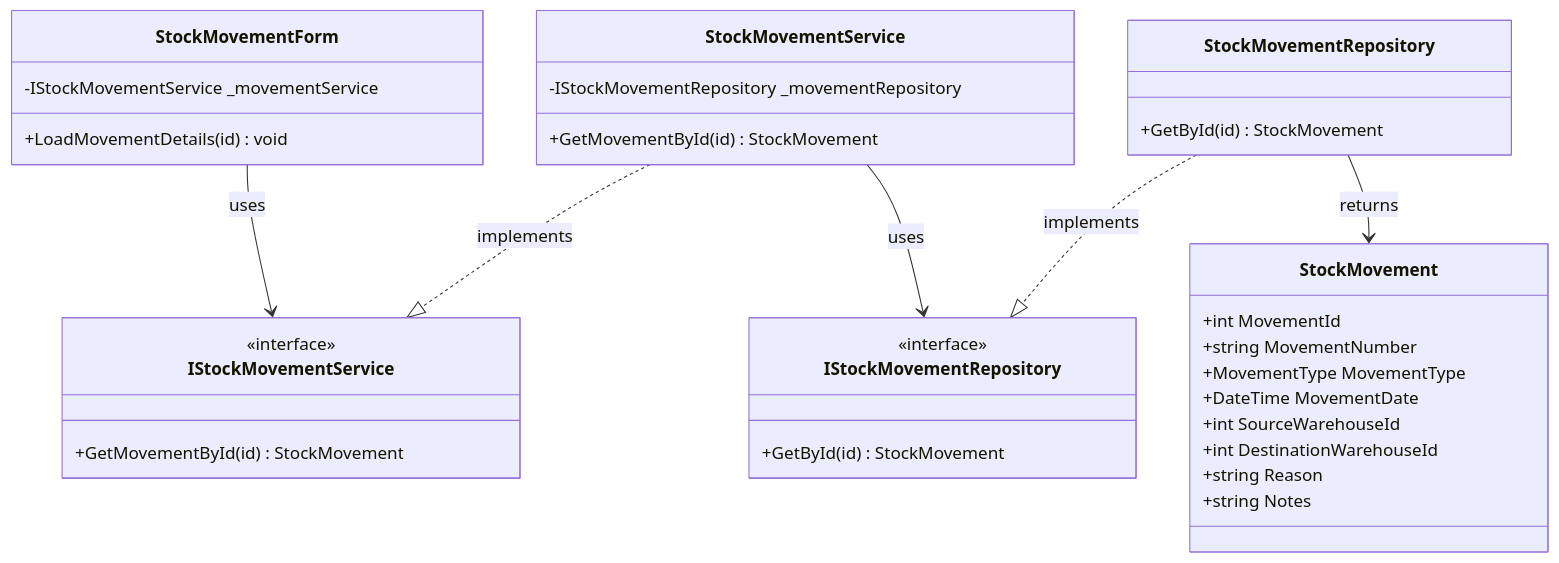
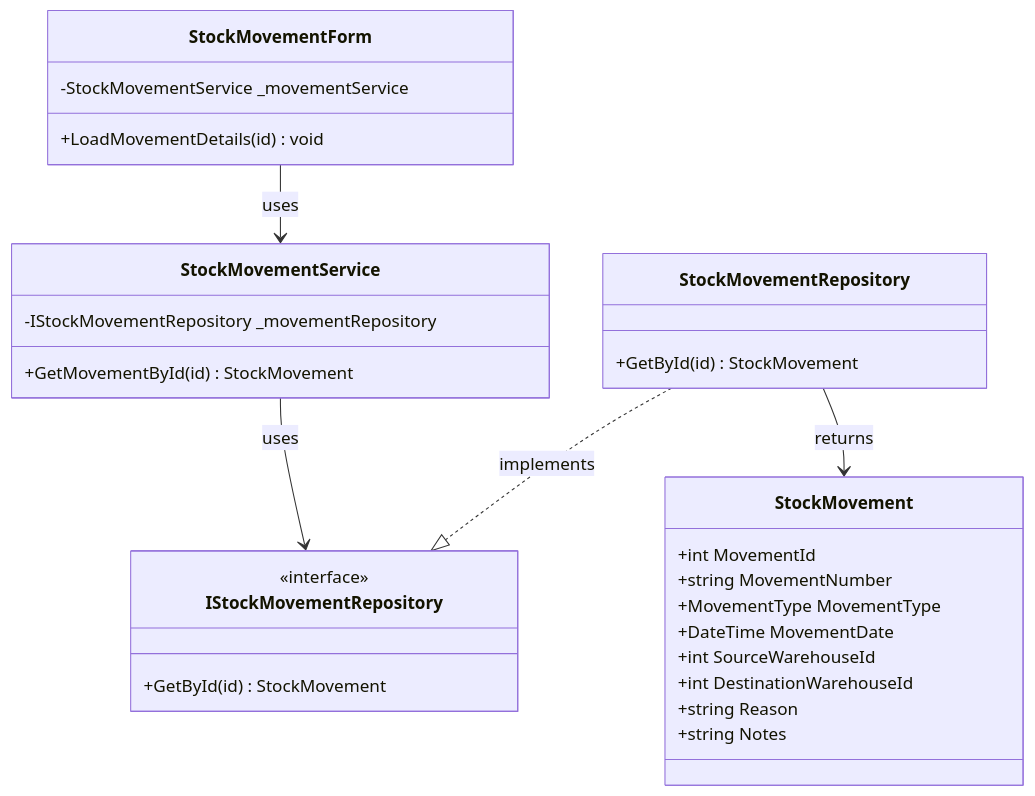
The fifth of 16 diagrams in Documentation/UML_Diagrams/14_Movements_UseCases.md (nahuk86/tp_diploma_nk_2026), drawn with Mermaid before and after one commit. The commit also changed other lines of this file and 5 other files, not shown here.

First line of the commit message:
Fix UML documentation: remove non-existent BLL service interfaces

````diff
--- a/Documentation/UML_Diagrams/14_Movements_UseCases.md
+++ b/Documentation/UML_Diagrams/14_Movements_UseCases.md
@@ -242,43 +225,38 @@
 ```mermaid
 classDiagram
     class StockMovementForm {
-        -IStockMovementService _movementService
+        -StockMovementService _movementService
         +LoadMovementDetails(id) void
     }
 
-    class IStockMovementService {
-        <<interface>>
-        +GetMovementById(id) StockMovement
-    }
 
     class StockMovementService {
         -IStockMovementRepository _movementRepository
         +GetMovementById(id) StockMovement
     }
 
     class IStockMovementRepository {
         <<interface>>
         +GetById(id) StockMovement
     }
 
     class StockMovementRepository {
         +GetById(id) StockMovement
     }
 
     class StockMovement {
         +int MovementId
         +string MovementNumber
         +MovementType MovementType
         +DateTime MovementDate
         +int SourceWarehouseId
         +int DestinationWarehouseId
         +string Reason
         +string Notes
     }
 
-    StockMovementForm --> IStockMovementService : uses
-    StockMovementService ..|> IStockMovementService : implements
+    StockMovementForm --> StockMovementService : uses
     StockMovementService --> IStockMovementRepository : uses
     StockMovementRepository ..|> IStockMovementRepository : implements
     StockMovementRepository --> StockMovement : returns
 ```
````
